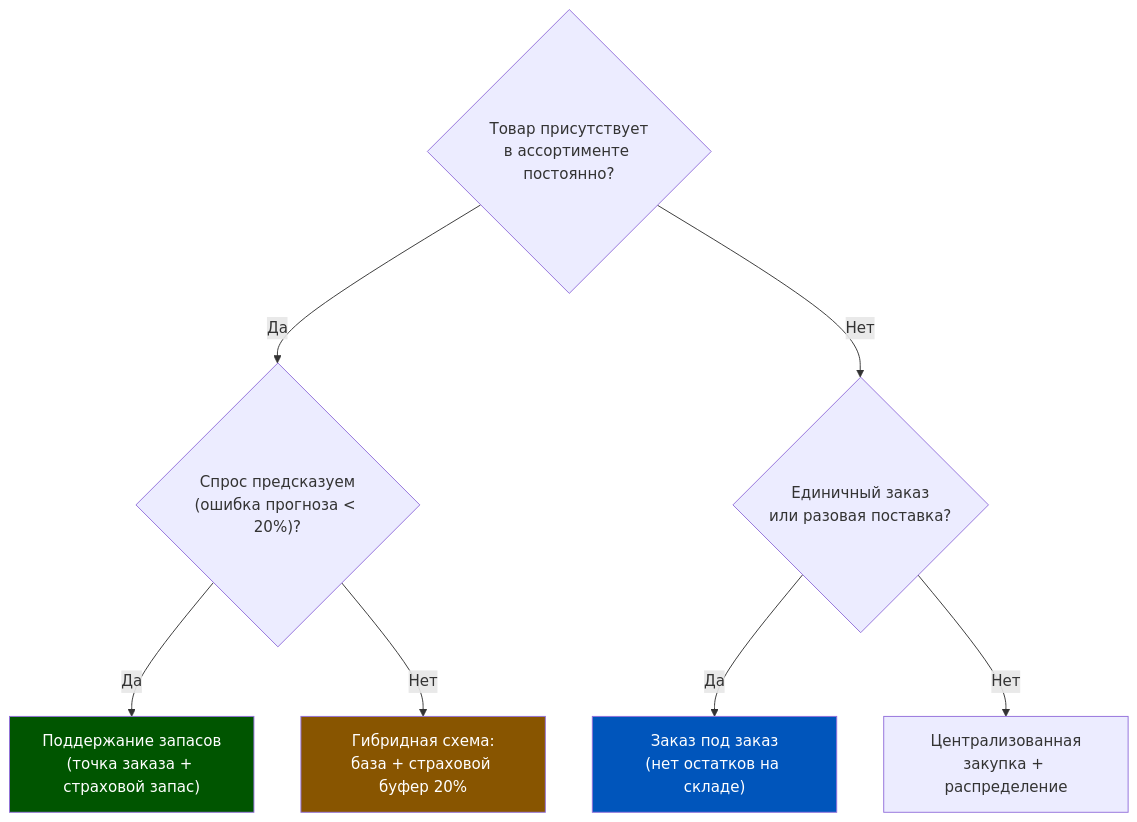
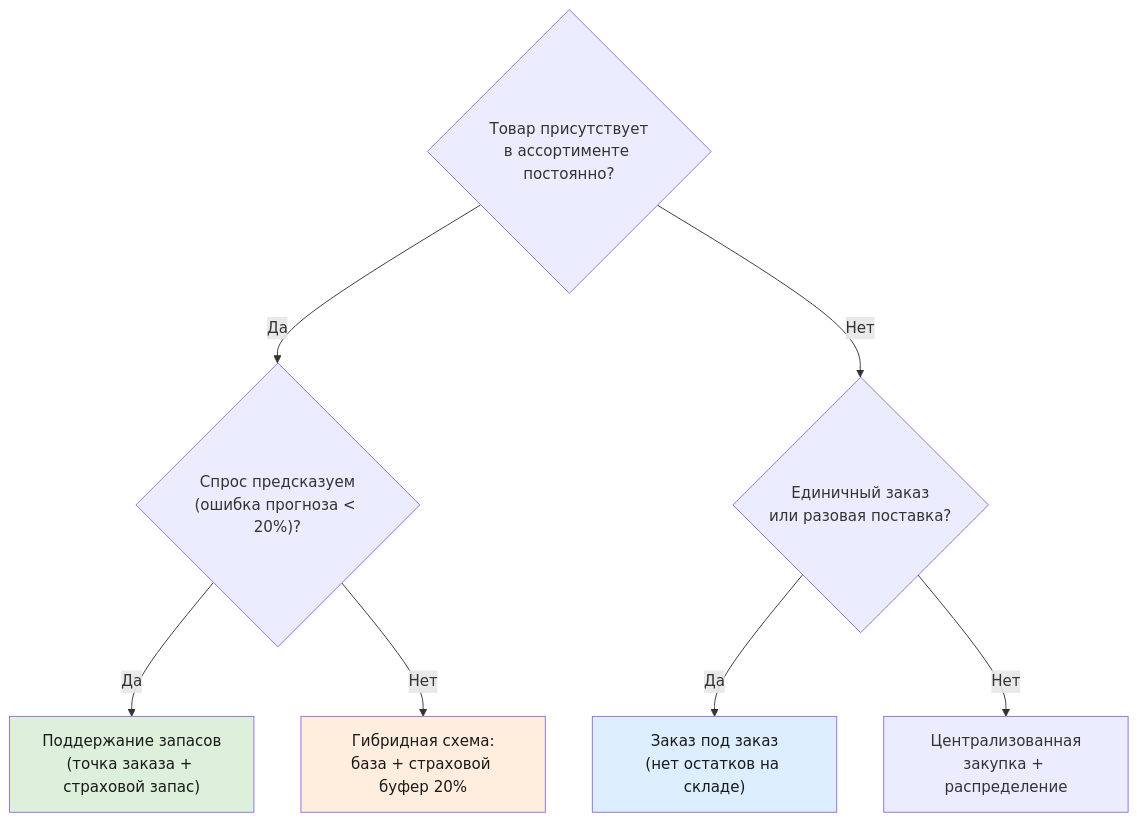
One commit to murad1986/1c-erp-quartz changed the sixth of 6 diagrams in content/1c-erp/week_3/Неделя 3 - День 3 - Логика обеспечения.md. Above: the diagram before and after it, drawn with Mermaid. The commit also changed other lines of this file and 57 other files, not shown here.

First line of the commit message:
fix: Mermaid — пастельные цвета в источниках диаграмм (56 файлов)

````diff
--- a/content/1c-erp/week_3/Неделя 3 - День 3 - Логика обеспечения.md
+++ b/content/1c-erp/week_3/Неделя 3 - День 3 - Логика обеспечения.md
@@ -505,22 +505,22 @@
 ```mermaid
 flowchart TD
     Q1{"Товар присутствует
 в ассортименте постоянно?"}
     Q1 -->|"Да"| Q2{"Спрос предсказуем
 (ошибка прогноза < 20%)?"}
     Q1 -->|"Нет"| Q3{"Единичный заказ
 или разовая поставка?"}
     Q2 -->|"Да"| STOCK["Поддержание запасов
 (точка заказа + страховой запас)"]
     Q2 -->|"Нет"| MIXED["Гибридная схема:
 база + страховой буфер 20%"]
     Q3 -->|"Да"| ORDER["Заказ под заказ
 (нет остатков на складе)"]
     Q3 -->|"Нет"| COMM["Централизованная
 закупка + распределение"]
 
-    style STOCK fill:#005500,color:#fff
-    style ORDER fill:#0055BB,color:#fff
-    style MIXED fill:#885500,color:#fff
+    style STOCK fill:#dcf0dc,color:#1a1a1a
+    style ORDER fill:#dceeff,color:#1a1a1a
+    style MIXED fill:#ffeedd,color:#1a1a1a
 
 ```
````
